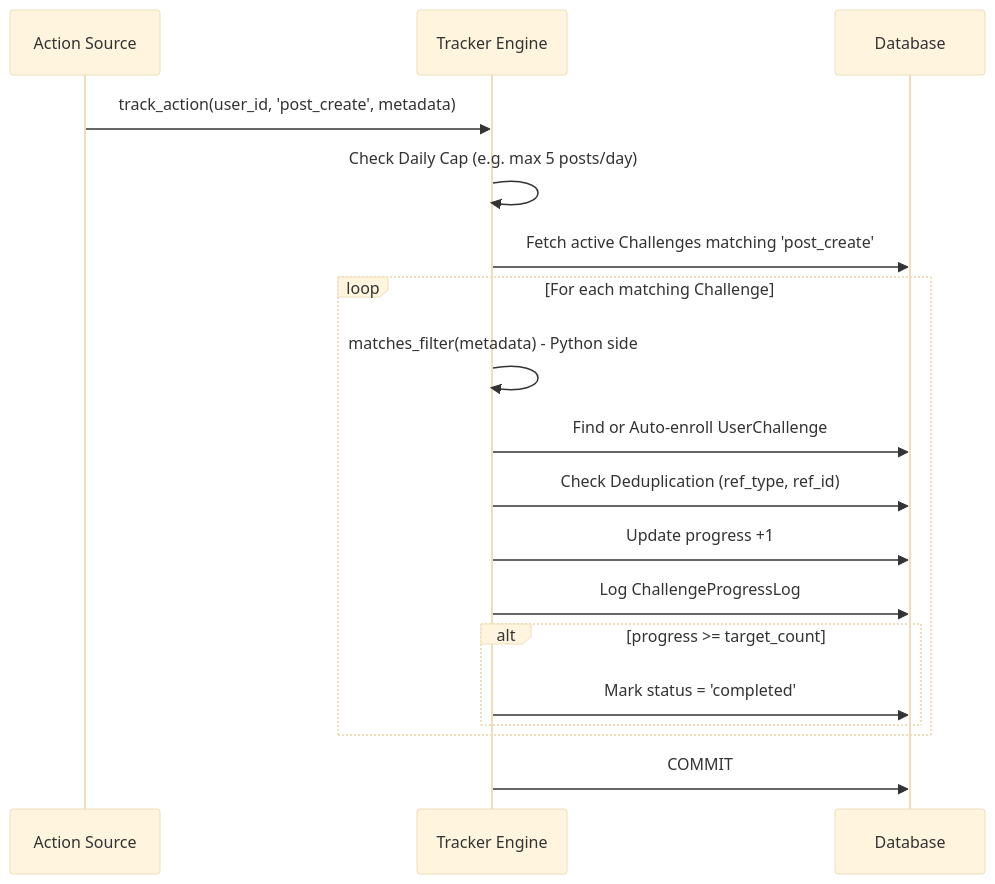
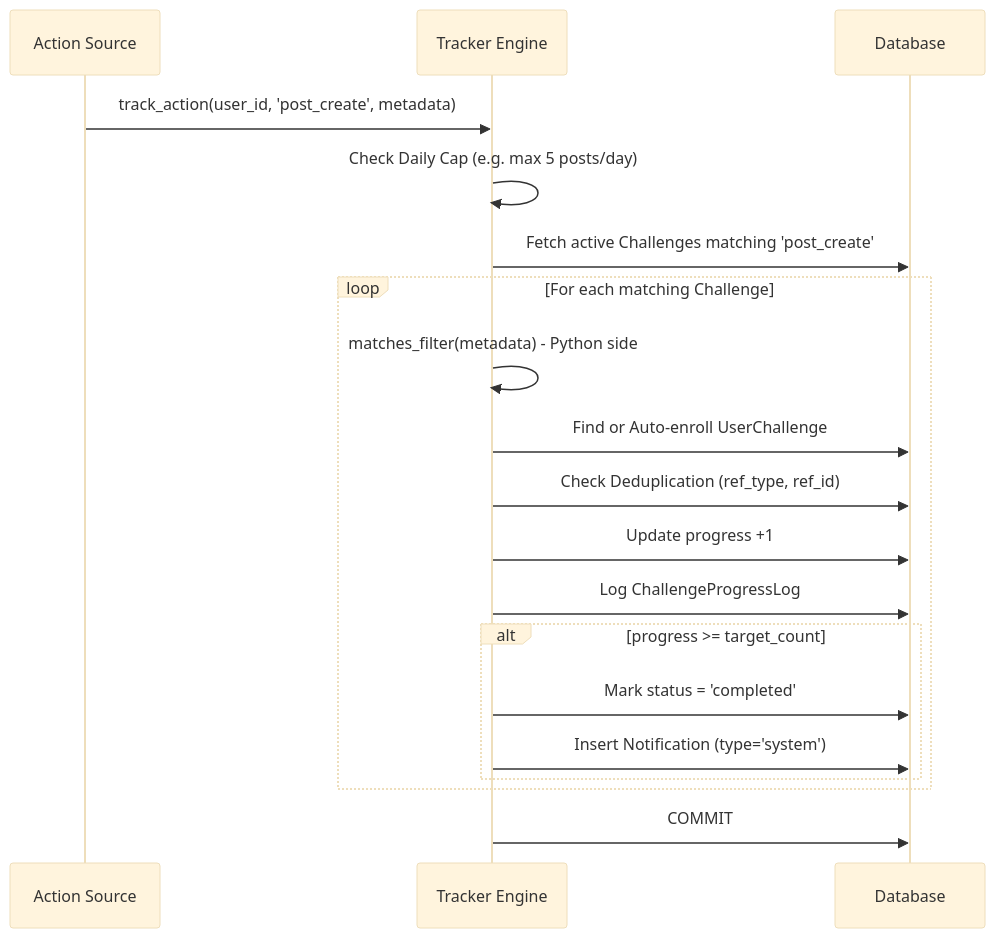
Before and after one commit to EndlessMelody/TasteMap: the diagram in docs/flows/challenges_gamification.md, drawn with Mermaid (base theme). The commit also changed other lines of this file and 12 other files, not shown here.

````diff
--- a/docs/flows/challenges_gamification.md
+++ b/docs/flows/challenges_gamification.md
@@ -32,24 +32,25 @@
 ```mermaid
 sequenceDiagram
     participant Action Source
     participant Tracker Engine
     participant Database
 
     Action Source->>Tracker Engine: track_action(user_id, 'post_create', metadata)
     Tracker Engine->>Tracker Engine: Check Daily Cap (e.g. max 5 posts/day)
     
     Tracker Engine->>Database: Fetch active Challenges matching 'post_create'
     
     loop For each matching Challenge
         Tracker Engine->>Tracker Engine: matches_filter(metadata) - Python side
         Tracker Engine->>Database: Find or Auto-enroll UserChallenge
         Tracker Engine->>Database: Check Deduplication (ref_type, ref_id)
         Tracker Engine->>Database: Update progress +1
         Tracker Engine->>Database: Log ChallengeProgressLog
         
         alt progress >= target_count
             Tracker Engine->>Database: Mark status = 'completed'
+            Tracker Engine->>Database: Insert Notification (type='system')
         end
     end
     Tracker Engine->>Database: COMMIT
 ```
````
